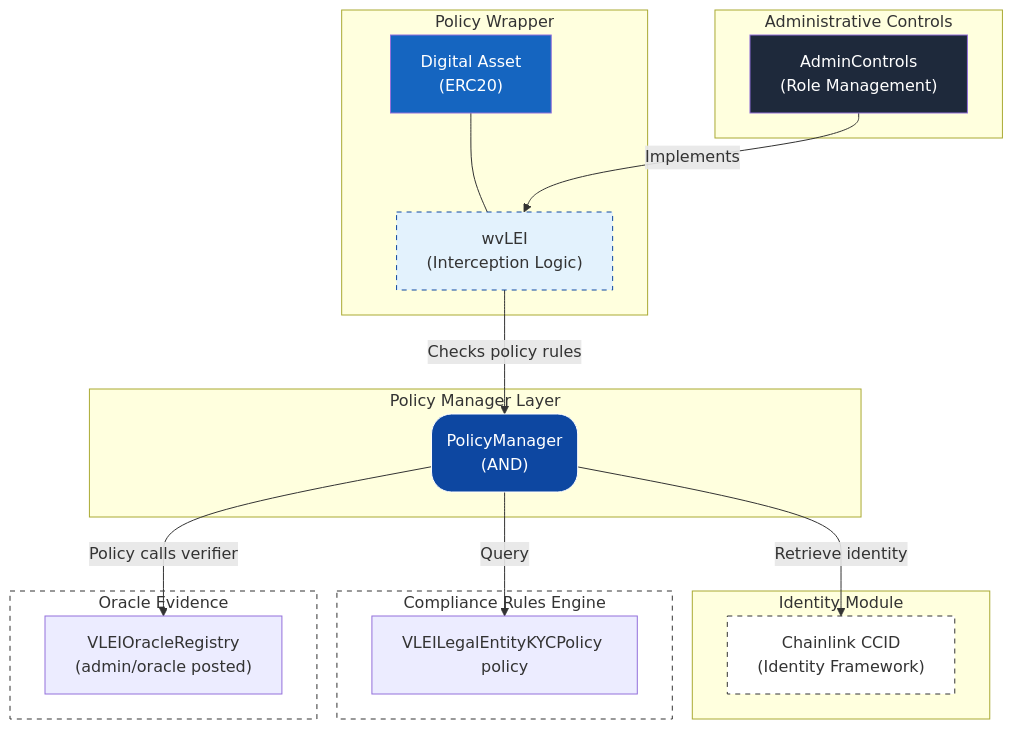
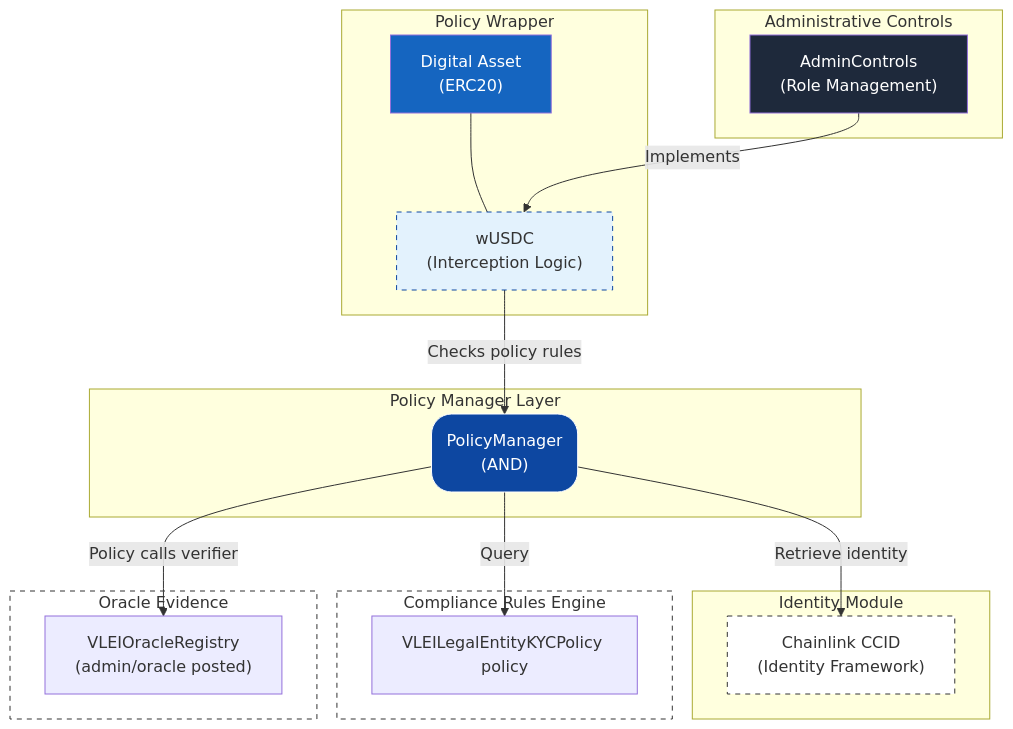
Before and after one commit to GLEIF-IT/vlei-comply: the diagram in README.md, drawn with Mermaid. The commit also changed other lines of this file and 20 other files, not shown here.

Commit message:
change vLEI token to USDC token

````diff
--- a/README.md
+++ b/README.md
@@ -29,46 +29,46 @@
 ```mermaid
 graph TB
     subgraph "Policy Wrapper"
         Asset["Digital Asset<br/>(ERC20)"]
-        Wrapper["wvLEI<br/>(Interception Logic)"]
+        Wrapper["wUSDC<br/>(Interception Logic)"]
     end
     
     subgraph "Administrative Controls"
         Admin["AdminControls<br/>(Role Management)"]
     end
     
     subgraph "Policy Manager Layer"
         PM("PolicyManager<br/>(AND)")
     end
     
     subgraph "Identity Module"
         IdFramework["Chainlink CCID<br/>(Identity Framework)"]
     end
     
     subgraph ComplianceRulesEngine["Compliance Rules Engine"]
         Policy_vLEI["VLEILegalEntityKYCPolicy policy"]
     end
     
     subgraph ExternalServices["Oracle Evidence"]
         Service_Oracle["VLEIOracleRegistry<br/>(admin/oracle posted)"]
     end
     
     %% Main Flow
     Asset --- Wrapper
     Wrapper -->|"Checks policy rules"| PM
     Admin -->|"Implements"| Wrapper
     
     %% Orchestration
     PM -->|"Retrieve identity"| IdFramework
     PM -->|"Policy calls verifier"| Service_Oracle
     PM -->|"Query"| Policy_vLEI
     
     %% Styles
     style PM fill:#0d47a1,color:#fff,stroke:#fff,shape:rect,rx:20,ry:20
     style Admin fill:#1e293b,color:#fff
     style Wrapper fill:#e3f2fd,stroke:#0d47a1,stroke-dasharray: 5 5
     style Asset fill:#1565c0,color:#fff
     style IdFramework fill:#fff,stroke:#333,stroke-dasharray: 5 5
     style ComplianceRulesEngine fill:#fff,stroke:#333,stroke-dasharray: 5 5
     style ExternalServices fill:#fff,stroke:#333,stroke-dasharray: 5 5
 ```
````
